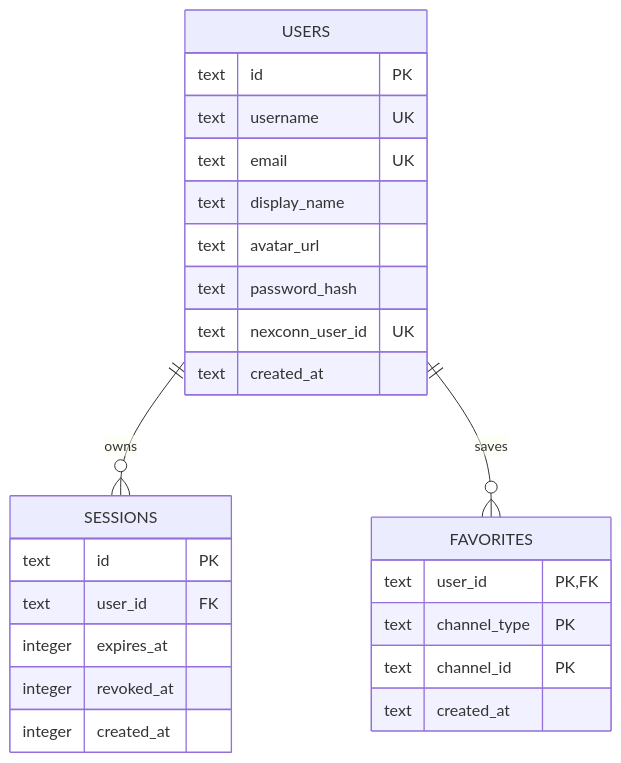
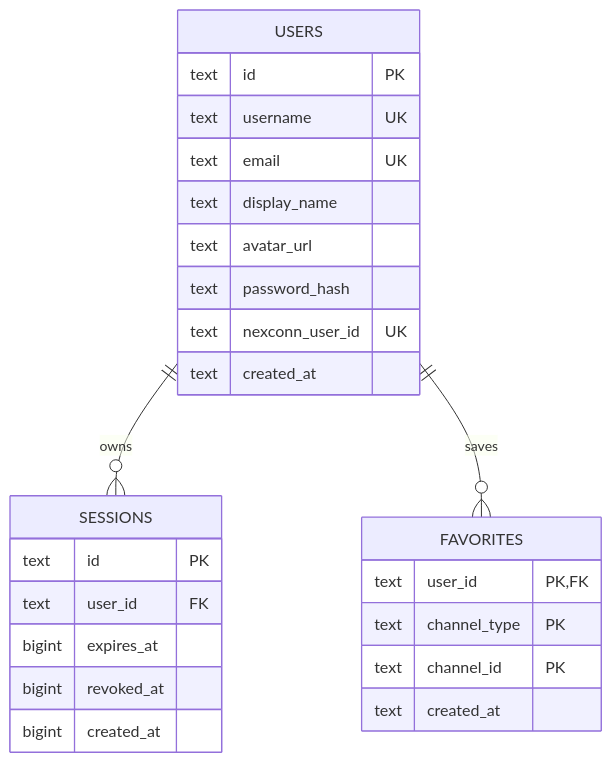
Before and after one commit to himanshunaik7715-dev/Nexconn-Chat: the fifth of 5 diagrams in README.md, drawn with Mermaid. The commit also changed other lines of this file and 22 other files, not shown here.

````diff
--- a/README.md
+++ b/README.md
@@ -233,28 +244,28 @@
 ```mermaid
 erDiagram
   USERS ||--o{ SESSIONS : owns
   USERS ||--o{ FAVORITES : saves
   USERS {
     text id PK
     text username UK
     text email UK
     text display_name
     text avatar_url
     text password_hash
     text nexconn_user_id UK
     text created_at
   }
   SESSIONS {
     text id PK
     text user_id FK
-    integer expires_at
-    integer revoked_at
-    integer created_at
+    bigint expires_at
+    bigint revoked_at
+    bigint created_at
   }
   FAVORITES {
     text user_id PK, FK
     text channel_type PK
     text channel_id PK
     text created_at
   }
 ```
````
